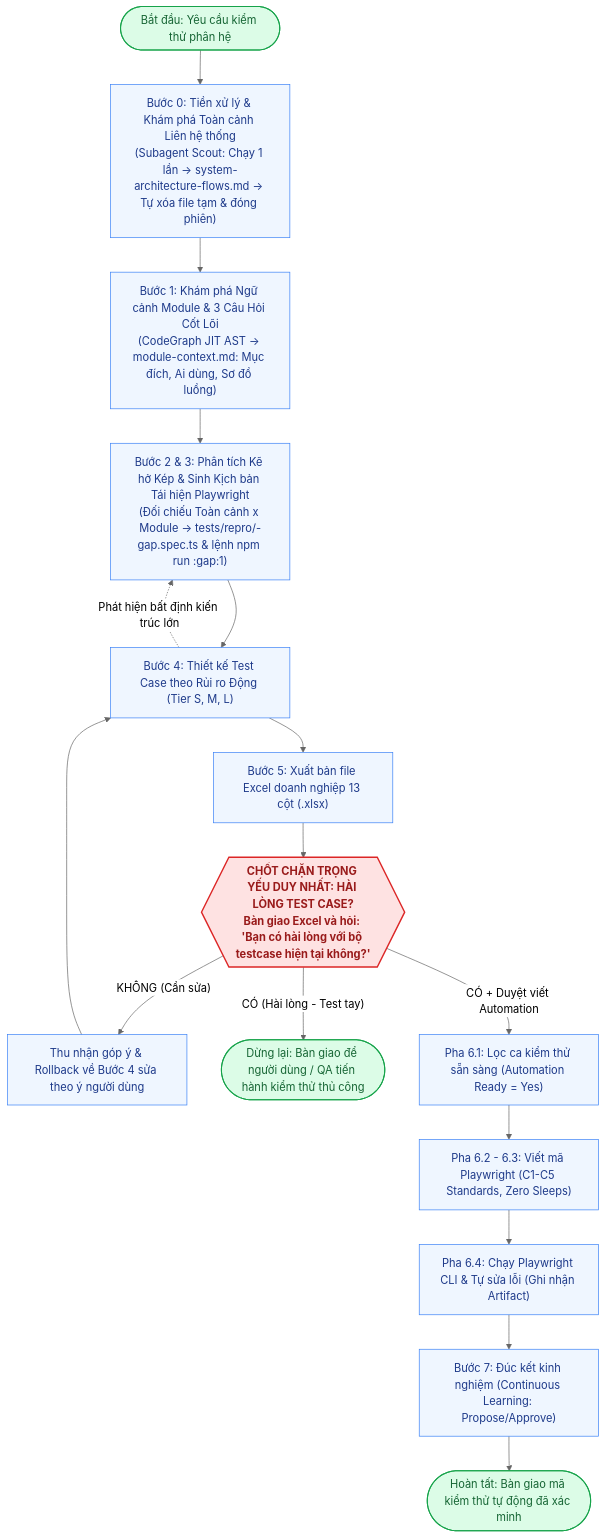
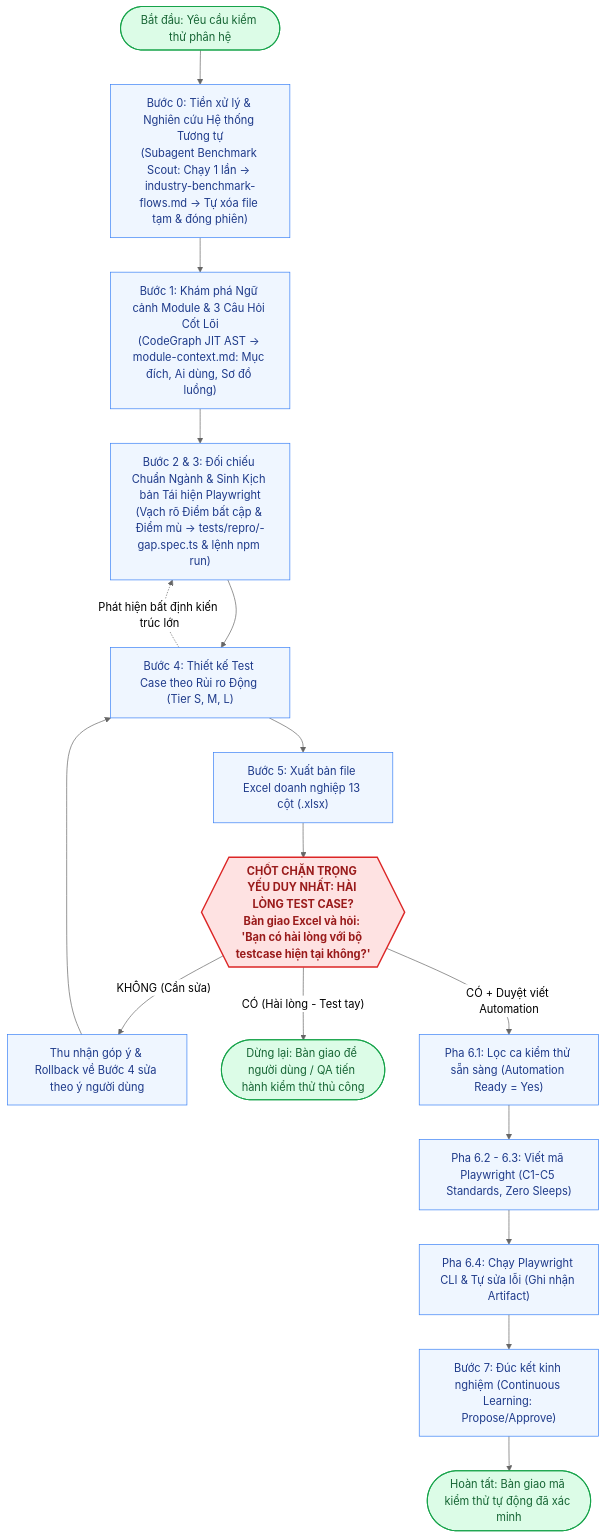
The diagram in README.md (Dang-nhut-tan/QA-skill), drawn with Mermaid (neutral theme) before and after one commit. The commit also changed other lines of this file and 6 other files, not shown here.

Commit message:
feat(benchmark): research external industry systems with similar modules in step 0 to expose domain blindspots

````diff
--- a/README.md
+++ b/README.md
@@ -73,32 +73,32 @@
 ```mermaid
 flowchart TD
-    Start(["Bắt đầu: Yêu cầu kiểm thử phân hệ"]) --> S0["Bước 0: Tiền xử lý & Khám phá Toàn cảnh Liên hệ thống<br/>(Subagent Scout: Chạy 1 lần -> system-architecture-flows.md -> Tự xóa file tạm & đóng phiên)"]
+    Start(["Bắt đầu: Yêu cầu kiểm thử phân hệ"]) --> S0["Bước 0: Tiền xử lý & Nghiên cứu Hệ thống Tương tự<br/>(Subagent Benchmark Scout: Chạy 1 lần -> industry-benchmark-flows.md -> Tự xóa file tạm & đóng phiên)"]
     
     S0 --> S1["Bước 1: Khám phá Ngữ cảnh Module & 3 Câu Hỏi Cốt Lõi<br/>(CodeGraph JIT AST -> module-context.md: Mục đích, Ai dùng, Sơ đồ luồng)"]
     
-    S1 --> S2["Bước 2 & 3: Phân tích Kẽ hở Kép & Sinh Kịch bản Tái hiện Playwright<br/>(Đối chiếu Toàn cảnh x Module -> tests/repro/<module>-gap.spec.ts & lệnh npm run <module>:gap:1)"]
+    S1 --> S2["Bước 2 & 3: Đối chiếu Chuẩn Ngành & Sinh Kịch bản Tái hiện Playwright<br/>(Vạch rõ Điểm bất cập & Điểm mù -> tests/repro/<module>-gap.spec.ts & lệnh npm run)"]
     
     S2 --> S4["Bước 4: Thiết kế Test Case theo Rủi ro Động (Tier S, M, L)"]
     S4 -. "Phát hiện bất định kiến trúc lớn" .-> S2
     S4 --> S5["Bước 5: Xuất bản file Excel doanh nghiệp 13 cột (.xlsx)"]
     
     S5 --> GateReview{{"CHỐT CHẶN TRỌNG YẾU DUY NHẤT: HÀI LÒNG TEST CASE?<br/>Bàn giao Excel và hỏi: 'Bạn có hài lòng với bộ testcase hiện tại không?'"}}
     
     GateReview -- "KHÔNG (Cần sửa)" --> FixLoop["Thu nhận góp ý & Rollback về Bước 4 sửa theo ý người dùng"]
     FixLoop --> S4
     
     GateReview -- "CÓ (Hài lòng - Test tay)" --> WaitManual(["Dừng lại: Bàn giao để người dùng / QA tiến hành kiểm thử thủ công"])
     
     GateReview -- "CÓ + Duyệt viết Automation" --> S61["Pha 6.1: Lọc ca kiểm thử sẵn sàng (Automation Ready = Yes)"]
     S61 --> S62["Pha 6.2 - 6.3: Viết mã Playwright (C1-C5 Standards, Zero Sleeps)"]
     S62 --> S64["Pha 6.4: Chạy Playwright CLI & Tự sửa lỗi (Ghi nhận Artifact)"]
     S64 --> S7["Bước 7: Đúc kết kinh nghiệm (Continuous Learning: Propose/Approve)"]
     S7 --> EndNode(["Hoàn tất: Bàn giao mã kiểm thử tự động đã xác minh"])
 
     classDef stop fill:#FEE2E2,stroke:#DC2626,stroke-width:2px,color:#991B1B,font-weight:bold;
     classDef step fill:#EFF6FF,stroke:#3B82F6,stroke-width:1px,color:#1E3A8A;
     classDef done fill:#DCFCE7,stroke:#16A34A,stroke-width:1.5px,color:#166534;
     class GateReview stop;
     class S0,S1,S2,S4,S5,FixLoop,S61,S62,S64,S7 step;
     class Start,WaitManual,EndNode done;
 ```
````
